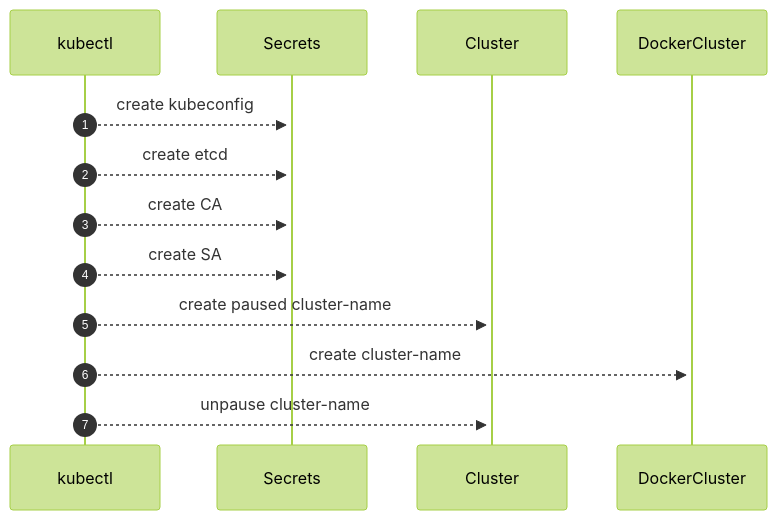
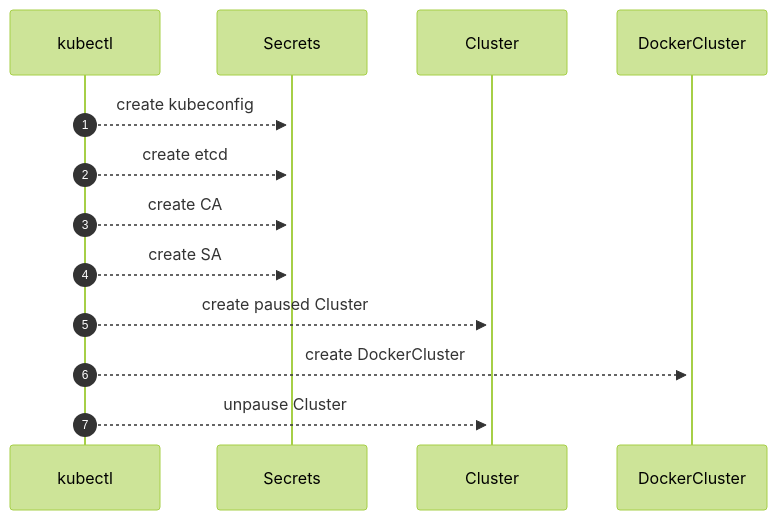
One commit to tobiasgiese/cluster-api-migration changed the first of 3 diagrams in providers/docker/README.md. Above: the diagram before and after it, drawn with Mermaid (forest theme). The commit also changed other lines of this file, not shown here.

Commit message:
Update uml

````diff
--- a/providers/docker/README.md
+++ b/providers/docker/README.md
@@ -10,11 +10,11 @@
 ```mermaid
 %%{init:{"fontFamily":"monospace", "sequence":{"showSequenceNumbers":true}}}%%
 sequenceDiagram
     kubectl-->>+Secrets: create kubeconfig
     kubectl-->>+Secrets: create etcd
     kubectl-->>+Secrets: create CA
     kubectl-->>+Secrets: create SA
-    kubectl-->>+Cluster: create paused cluster-name
-    kubectl-->>+DockerCluster: create cluster-name
-    kubectl-->>+Cluster: unpause cluster-name
+    kubectl-->>+Cluster: create paused Cluster
+    kubectl-->>+DockerCluster: create DockerCluster
+    kubectl-->>+Cluster: unpause Cluster
 ```
````
